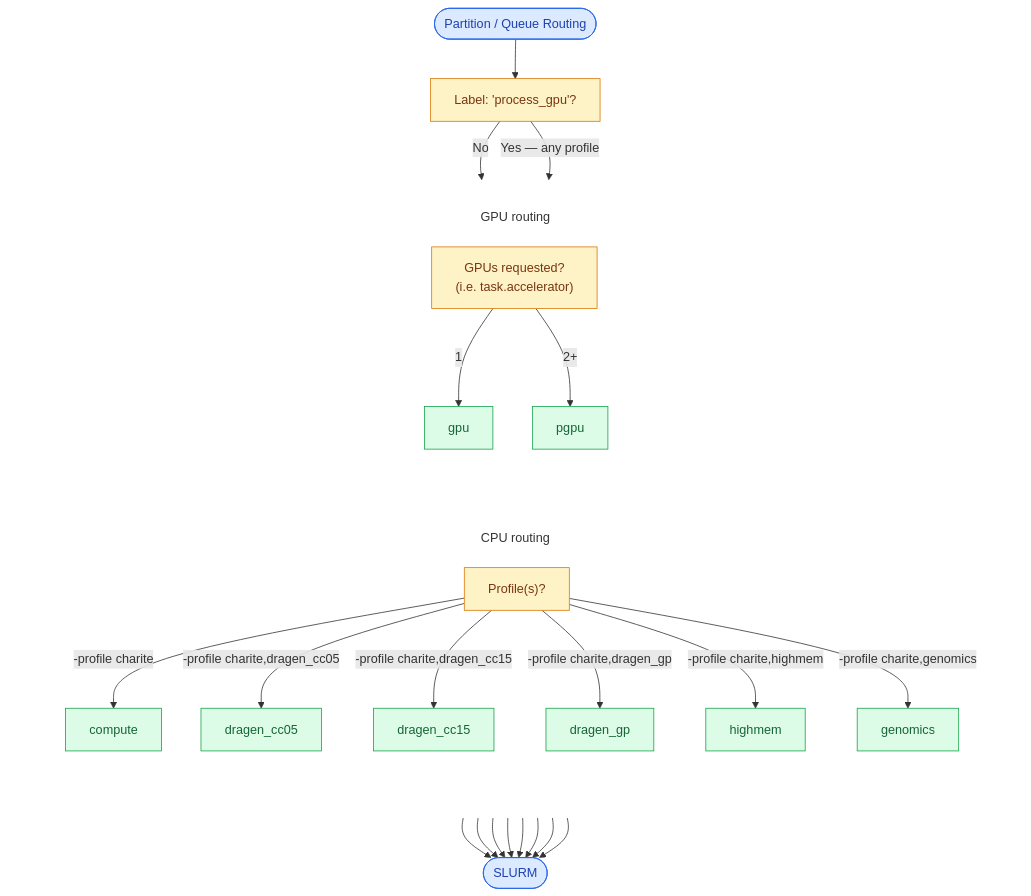
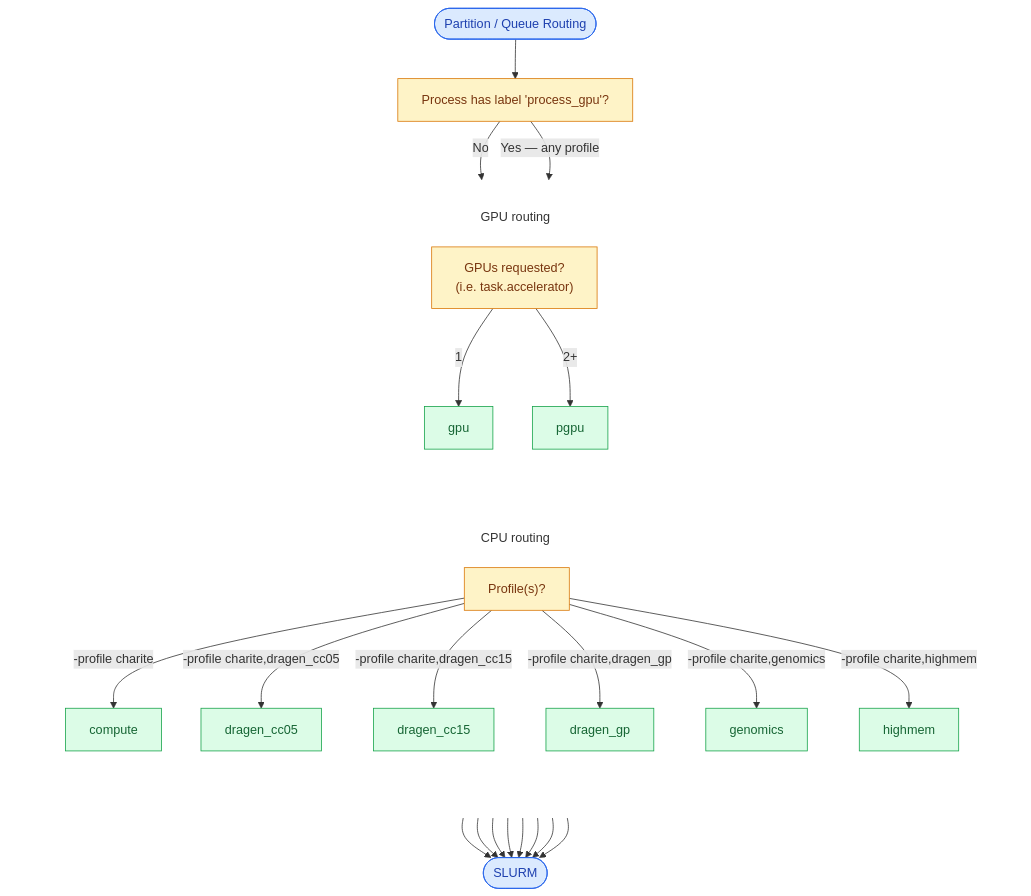
The second of 2 diagrams in docs/charite.md (ScientificComputingCharite/configs), drawn with Mermaid before and after one commit. The commit also changed other lines of this file, not shown here.

````diff
--- a/docs/charite.md
+++ b/docs/charite.md
@@ -460,73 +460,73 @@
 ```mermaid
 ---
 config:
   flowchart:
     wrappingWidth: 1000
 ---
 flowchart TB
     A(["Partition / Queue Routing"])
-    B["Label: 'process_gpu'?"]
+    B["Process has label 'process_gpu'?"]
 
     A --> B
 
     subgraph ROUTING[" "]
         direction LR
 
         subgraph CPU["CPU routing"]
             direction TB
             F["Profile(s)?"]
 
             G["compute"]
             H["dragen_cc05"]
             I["dragen_cc15"]
             J["dragen_gp"]
-            K["highmem"]
-            L["genomics"]
+            K["genomics"]
+            L["highmem"]
 
             F -->|"-profile charite"| G
             F -->|"-profile charite,dragen_cc05"| H
             F -->|"-profile charite,dragen_cc15"| I
             F -->|"-profile charite,dragen_gp"| J
-            F -->|"-profile charite,highmem"| K
-            F -->|"-profile charite,genomics"| L
+            F -->|"-profile charite,genomics"| K
+            F -->|"-profile charite,highmem"| L
         end
 
         subgraph GPU["GPU routing"]
             direction TB
             C["GPUs requested?\n (i.e. task.accelerator)"]
             D["gpu"]
             E["pgpu"]
 
             C -->|"1"| D
             C -->|"2+"| E
         end
     end
 
     B -->|"No"| F
     B -->|"Yes — any profile"| C
 
 
     D --> N(["SLURM"])
     E --> N
     G --> N
     H --> N
     I --> N
     J --> N
     K --> N
     L --> N
 
     classDef start fill:#dbeafe,stroke:#2563eb,color:#1e40af
     classDef gpu fill:#dcfce7,stroke:#16a34a,color:#166534
     classDef cpu fill:#dcfce7,stroke:#16a34a,color:#166534
     classDef decision fill:#fef3c7,stroke:#d97706,color:#78350f
     classDef qos fill:#dbeafe,stroke:#2563eb,color:#1e40af
 
     class A,N start
     class D,E gpu
     class G,H,I,J,K,L cpu
     class B,C,F decision
 
     style ROUTING fill:none,stroke:none
     style GPU fill:none,stroke:none
     style CPU fill:none,stroke:none
 ```
````
